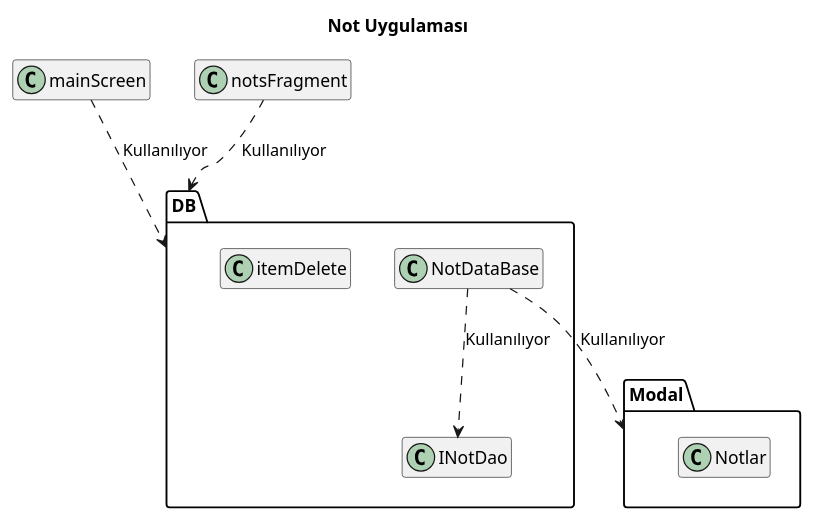
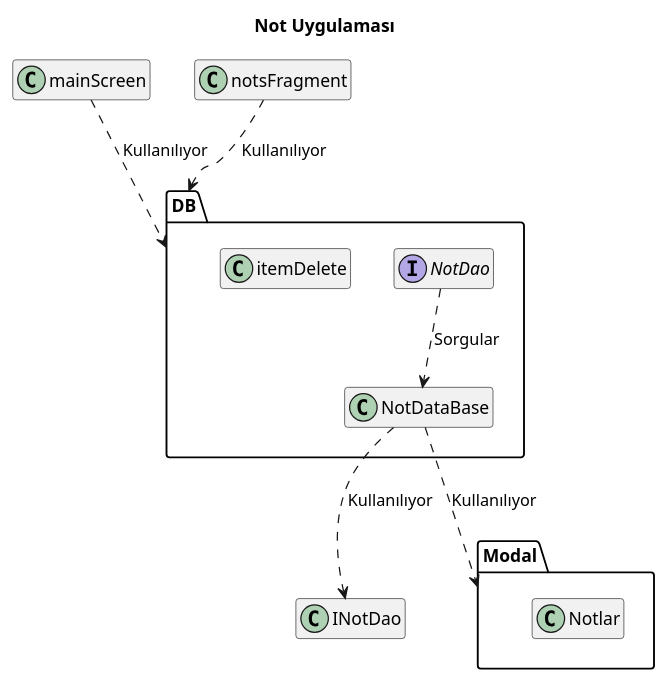
One commit to ekremkrbyk/Android-Not-Uygulamas- changed the diagram in Diyagram.wsd. Above: the diagram before and after it, drawn with PlantUML.

Commit message:
Tirhd Commit

```diff
--- a/Diyagram.wsd
+++ b/Diyagram.wsd
@@ -1,23 +1,24 @@
 @startuml Not Uygulaması 
 title Not Uygulaması
 
 class mainScreen 
 class notsFragment
 
 package Modal{
     class Notlar
 }
 
 package DB {
-    class INotDao
+    interface NotDao
     class NotDataBase
     class itemDelete
 }
 
 NotDataBase ..> Modal : Kullanılıyor
 NotDataBase ..> INotDao : Kullanılıyor
 mainScreen ..>  DB : Kullanılıyor
 notsFragment ..> DB : Kullanılıyor
+NotDao ..> NotDataBase : Sorgular
 
 hide empty members
 @enduml
```
